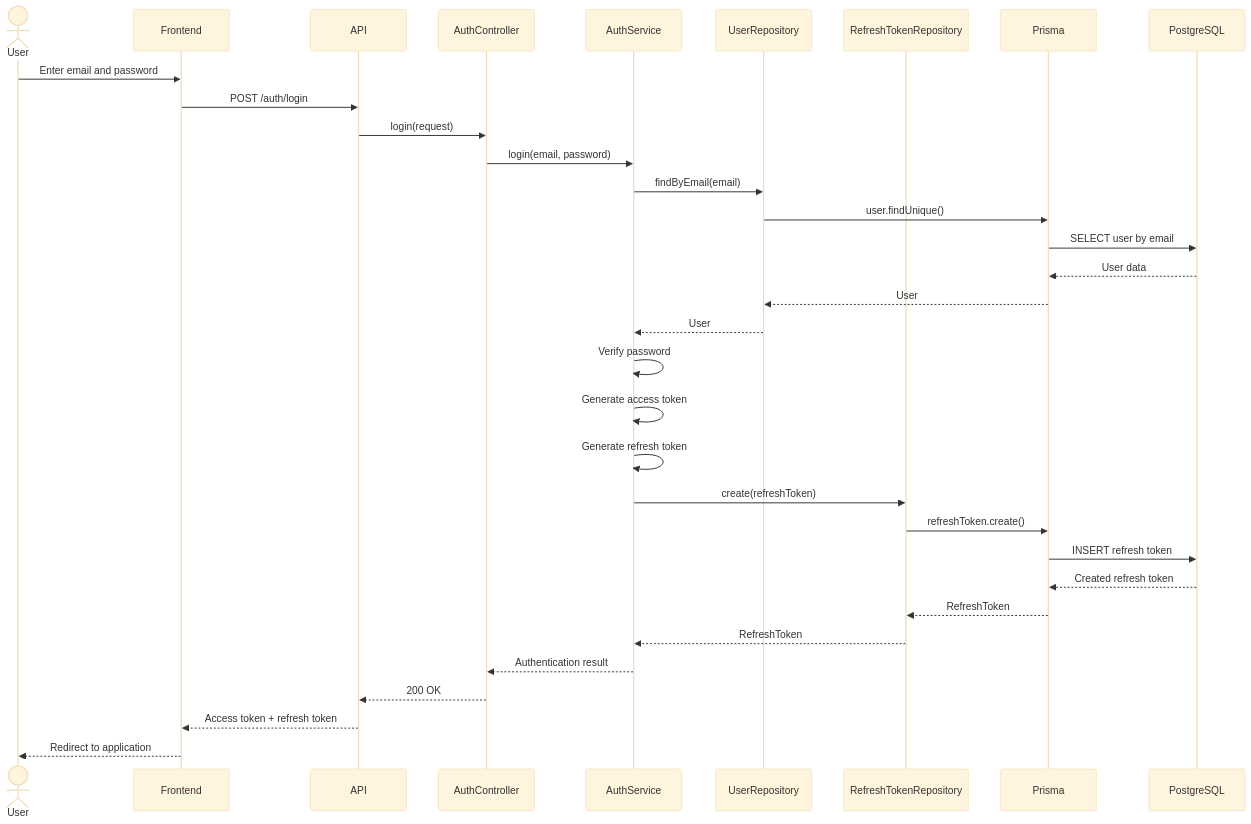
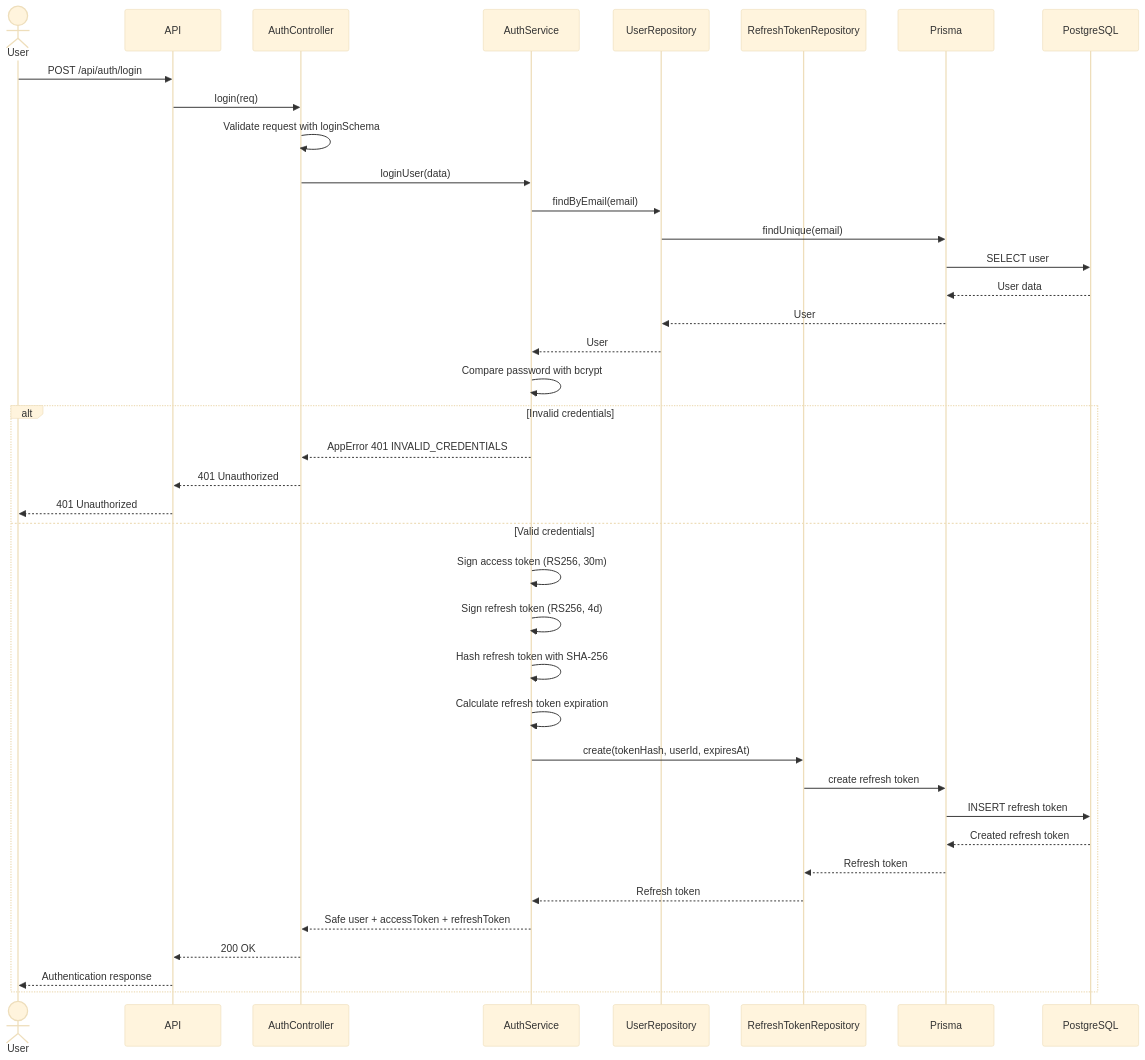
One commit to davihenriquedev1/prodixus changed the diagram in docs/diagrams/sequence-diagrams/auth/login.md. Above: the diagram before and after it, drawn with Mermaid (base theme). The commit also changed other lines of this file and 8 other files, not shown here.

Commit message:
docs: update auth and user sequence diagrams

````diff
--- a/docs/diagrams/sequence-diagrams/auth/login.md
+++ b/docs/diagrams/sequence-diagrams/auth/login.md
@@ -3,40 +3,47 @@
 ```mermaid
 sequenceDiagram
     actor User
-    participant Frontend
     participant API
     participant AuthController
     participant AuthService
     participant UserRepository
     participant RefreshTokenRepository
     participant Prisma
     participant PostgreSQL
 
-    User->>Frontend: Enter email and password
-    Frontend->>API: POST /auth/login
-    API->>AuthController: login(request)
-    AuthController->>AuthService: login(email, password)
+    User->>API: POST /api/auth/login
+    API->>AuthController: login(req)
+    AuthController->>AuthController: Validate request with loginSchema
+    AuthController->>AuthService: loginUser(data)
 
     AuthService->>UserRepository: findByEmail(email)
-    UserRepository->>Prisma: user.findUnique()
-    Prisma->>PostgreSQL: SELECT user by email
+    UserRepository->>Prisma: findUnique(email)
+    Prisma->>PostgreSQL: SELECT user
     PostgreSQL-->>Prisma: User data
     Prisma-->>UserRepository: User
     UserRepository-->>AuthService: User
 
-    AuthService->>AuthService: Verify password
-    AuthService->>AuthService: Generate access token
-    AuthService->>AuthService: Generate refresh token
-    AuthService->>RefreshTokenRepository: create(refreshToken)
+    AuthService->>AuthService: Compare password with bcrypt
 
-    RefreshTokenRepository->>Prisma: refreshToken.create()
-    Prisma->>PostgreSQL: INSERT refresh token
-    PostgreSQL-->>Prisma: Created refresh token
-    Prisma-->>RefreshTokenRepository: RefreshToken
-    RefreshTokenRepository-->>AuthService: RefreshToken
+    alt Invalid credentials
+        AuthService-->>AuthController: AppError 401 INVALID_CREDENTIALS
+        AuthController-->>API: 401 Unauthorized
+        API-->>User: 401 Unauthorized
+    else Valid credentials
+        AuthService->>AuthService: Sign access token (RS256, 30m)
+        AuthService->>AuthService: Sign refresh token (RS256, 4d)
+        AuthService->>AuthService: Hash refresh token with SHA-256
+        AuthService->>AuthService: Calculate refresh token expiration
 
-    AuthService-->>AuthController: Authentication result
-    AuthController-->>API: 200 OK
-    API-->>Frontend: Access token + refresh token
-    Frontend-->>User: Redirect to application
+        AuthService->>RefreshTokenRepository: create(tokenHash, userId, expiresAt)
+        RefreshTokenRepository->>Prisma: create refresh token
+        Prisma->>PostgreSQL: INSERT refresh token
+        PostgreSQL-->>Prisma: Created refresh token
+        Prisma-->>RefreshTokenRepository: Refresh token
+        RefreshTokenRepository-->>AuthService: Refresh token
+
+        AuthService-->>AuthController: Safe user + accessToken + refreshToken
+        AuthController-->>API: 200 OK
+        API-->>User: Authentication response
+    end
 ```
````
